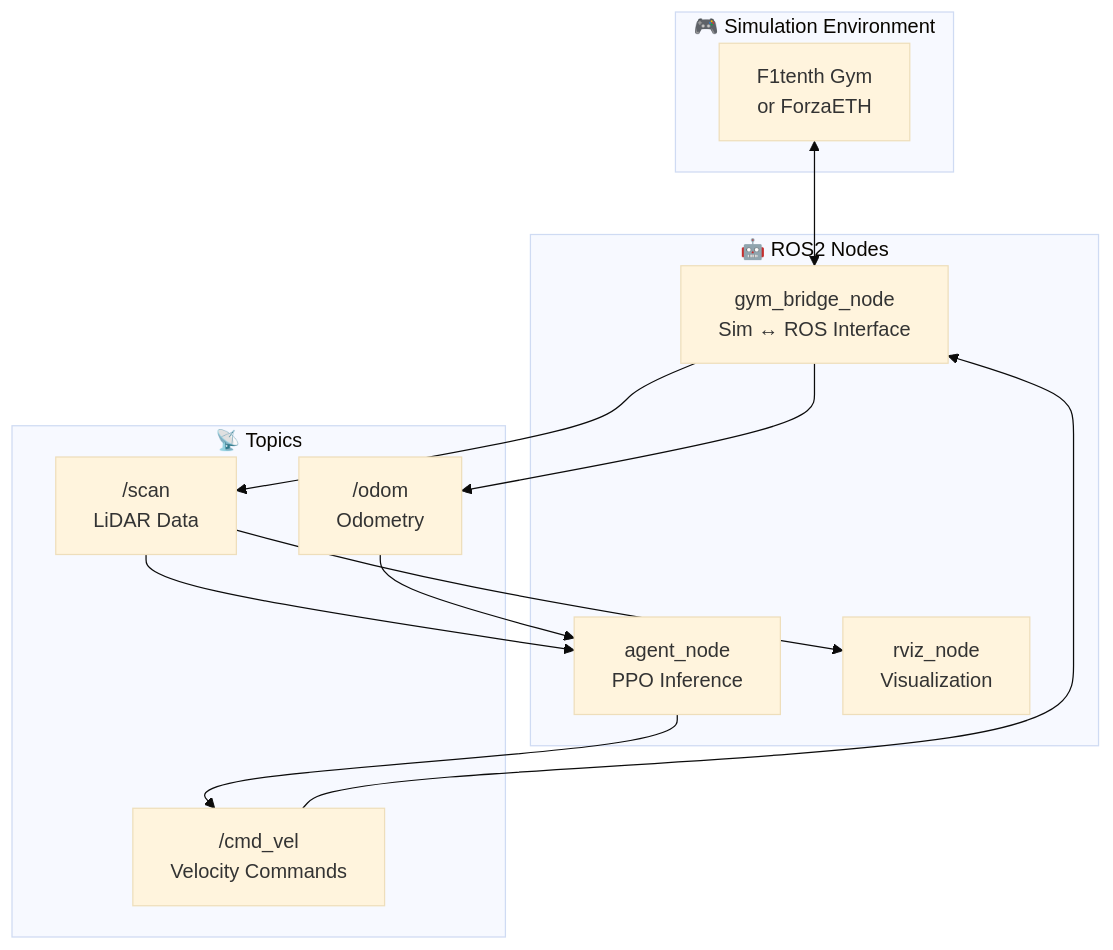
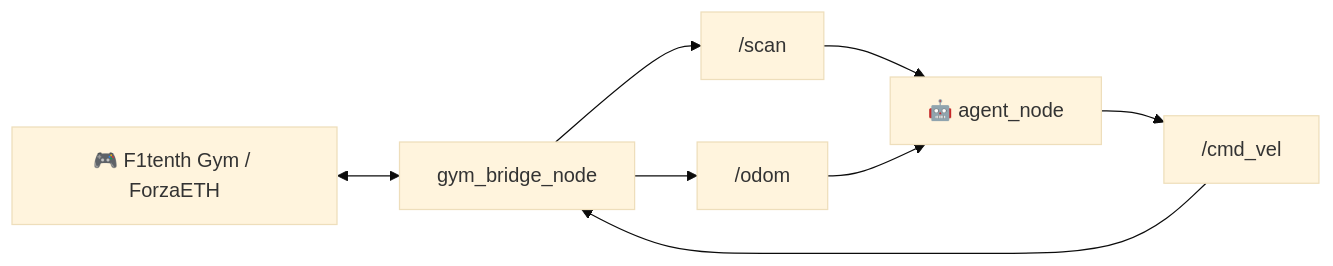
Before and after one commit to leesg0107/leesg0107.github.io: the seventh of 8 diagrams in _posts/project/2025-11-22-agent-mcqueen.md, drawn with Mermaid (base theme). The commit also changed other lines of this file, not shown here.

First line of the commit message:
Change vertical Mermaid diagrams to horizontal layout

```diff
--- a/_posts/project/2025-11-22-agent-mcqueen.md
+++ b/_posts/project/2025-11-22-agent-mcqueen.md
@@ -302,27 +276,12 @@
 <div class="mermaid">
-flowchart TB
-    subgraph SIM["🎮 Simulation Environment"]
-        GYM["F1tenth Gym<br/>or ForzaETH"]
-    end
+flowchart LR
+    GYM["🎮 F1tenth Gym / ForzaETH"] <--> BRIDGE["gym_bridge_node"]
 
-    subgraph ROS["🤖 ROS2 Nodes"]
-        BRIDGE["gym_bridge_node<br/>Sim ↔ ROS Interface"]
-        AGENT["agent_node<br/>PPO Inference"]
-        VIZ["rviz_node<br/>Visualization"]
-    end
+    BRIDGE --> SCAN["/scan"]
+    BRIDGE --> ODOM["/odom"]
 
-    subgraph TOPICS["📡 Topics"]
-        SCAN["/scan<br/>LiDAR Data"]
-        ODOM["/odom<br/>Odometry"]
-        CMD["/cmd_vel<br/>Velocity Commands"]
-    end
+    SCAN --> AGENT["🤖 agent_node"]
+    ODOM --> AGENT
 
-    GYM <--> BRIDGE
-    BRIDGE --> SCAN
-    BRIDGE --> ODOM
-    SCAN --> AGENT
-    ODOM --> AGENT
-    AGENT --> CMD
-    CMD --> BRIDGE
-    SCAN --> VIZ
+    AGENT --> CMD["/cmd_vel"] --> BRIDGE
 </div>
```
